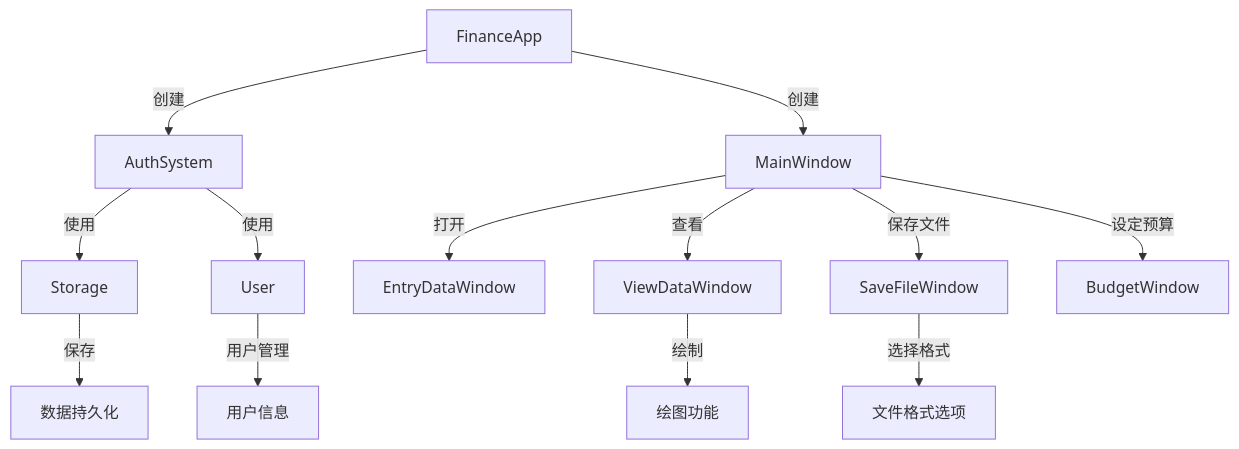
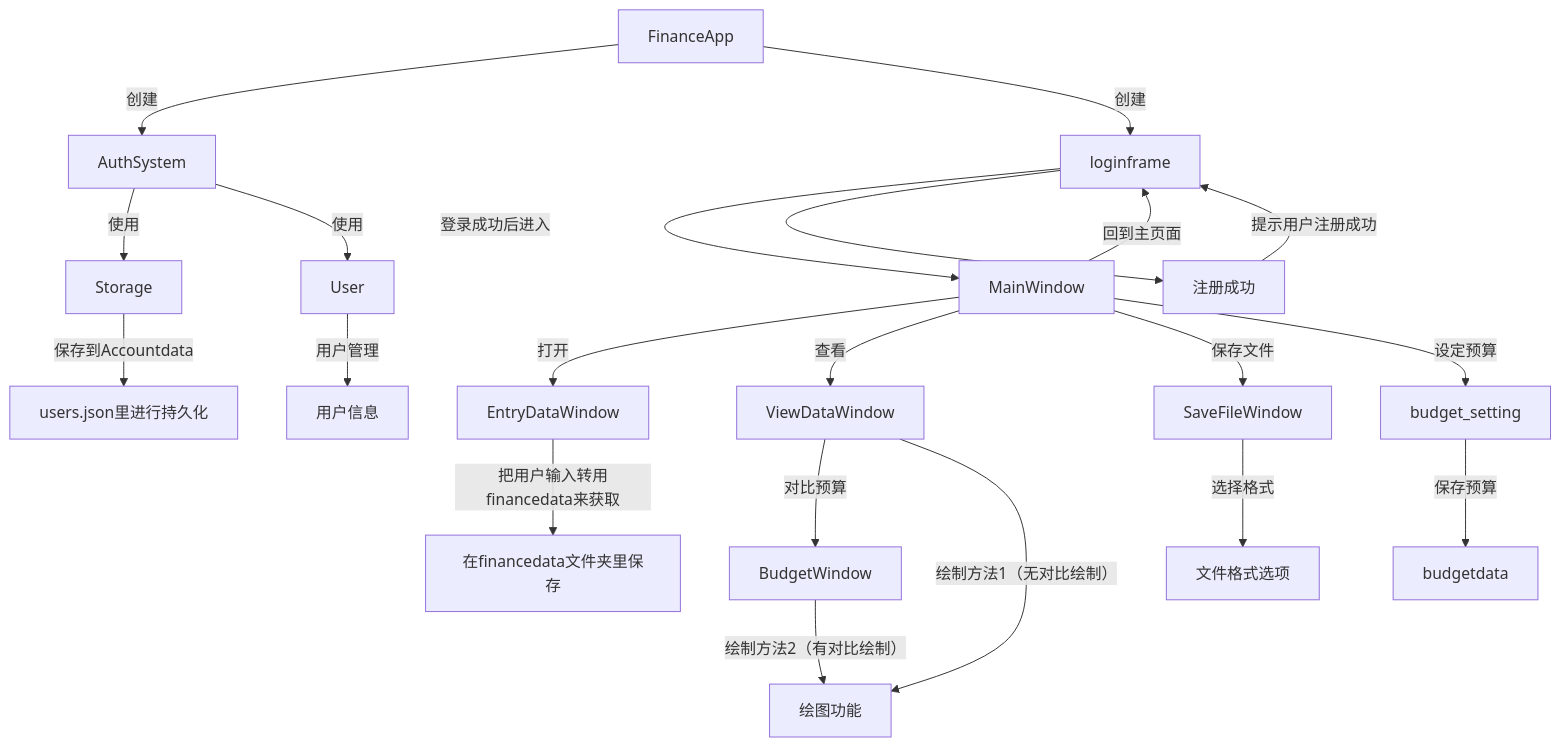
Before and after one commit to luciferase630/pythonfinance: the second of 2 diagrams in UI/调用图.md, drawn with Mermaid. The commit also changed other lines of this file and 9 other files, not shown here.

````diff
--- a/UI/调用图.md
+++ b/UI/调用图.md
@@ -25,17 +25,25 @@
 ``` mermaid
 graph TD;
     A[FinanceApp] -->|创建| B[AuthSystem]
-    A -->|创建| C[MainWindow]
+    A -->|创建| login[loginframe]
+    login -->|登录成功后进入| C[MainWindow]
+    login --> register[注册成功]
+    register -->|提示用户注册成功| login
+    C -->|回到主页面| login
     C -->|打开| D[EntryDataWindow]
+    D -->|把用户输入转用financedata来获取| financedata[在financedata文件夹里保存]
     C -->|查看| E[ViewDataWindow]
     C -->|保存文件| F[SaveFileWindow] 
-    C -->|设定预算| G[BudgetWindow]  
-    E -->|绘制| H[绘图功能] 
+    E -->|对比预算| G[BudgetWindow]  
+    C -->|设定预算| budget[budget_setting]
+    budget --> |保存预算| budgetdata[budgetdata]
+    E -->|绘制方法1（无对比绘制）| H[绘图功能] 
+    G -->|绘制方法2（有对比绘制）| H[绘图功能] 
     F -->|选择格式| I[文件格式选项]
     
     %% 其他模块的调用关系
     B -->|使用| J[Storage]
     B -->|使用| K[User]
-    J -->|保存| L[数据持久化]
+    J -->|保存到Accountdata| L[users.json里进行持久化]
     K -->|用户管理| M[用户信息]
 ```
````
